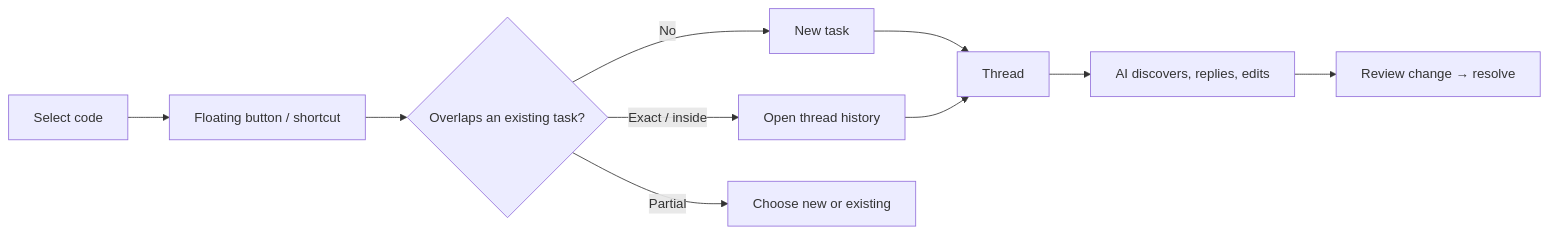
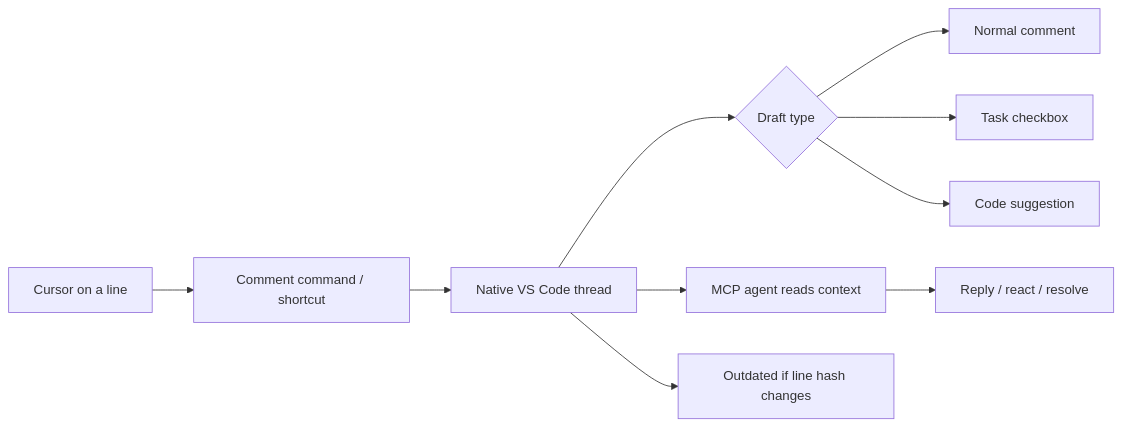
The diagram in README.md (duraisamy-gokul/fix-my-comments), drawn with Mermaid before and after one commit. The commit also changed other lines of this file and 25 other files, not shown here.

First line of the commit message:
feat: improve comment modes and suggestion drafts

````diff
--- a/README.md
+++ b/README.md
@@ -71,12 +100,12 @@
 ```mermaid
 flowchart LR
-    S[Select code] --> B[Floating button / shortcut]
-    B --> C{Overlaps an existing task?}
-    C -- No --> N[New task]
-    C -- Exact / inside --> H[Open thread history]
-    C -- Partial --> P[Choose new or existing]
-    N --> T[Thread]
-    H --> T
-    T --> AI[AI discovers, replies, edits]
-    AI --> R[Review change → resolve]
+    L[Cursor on a line] --> C[Comment command / shortcut]
+    C --> T[Native VS Code thread]
+    T --> M{Draft type}
+    M --> N[Normal comment]
+    M --> K[Task checkbox]
+    M --> S[Code suggestion]
+    T --> A[MCP agent reads context]
+    A --> R[Reply / react / resolve]
+    T --> O[Outdated if line hash changes]
 ```
````
